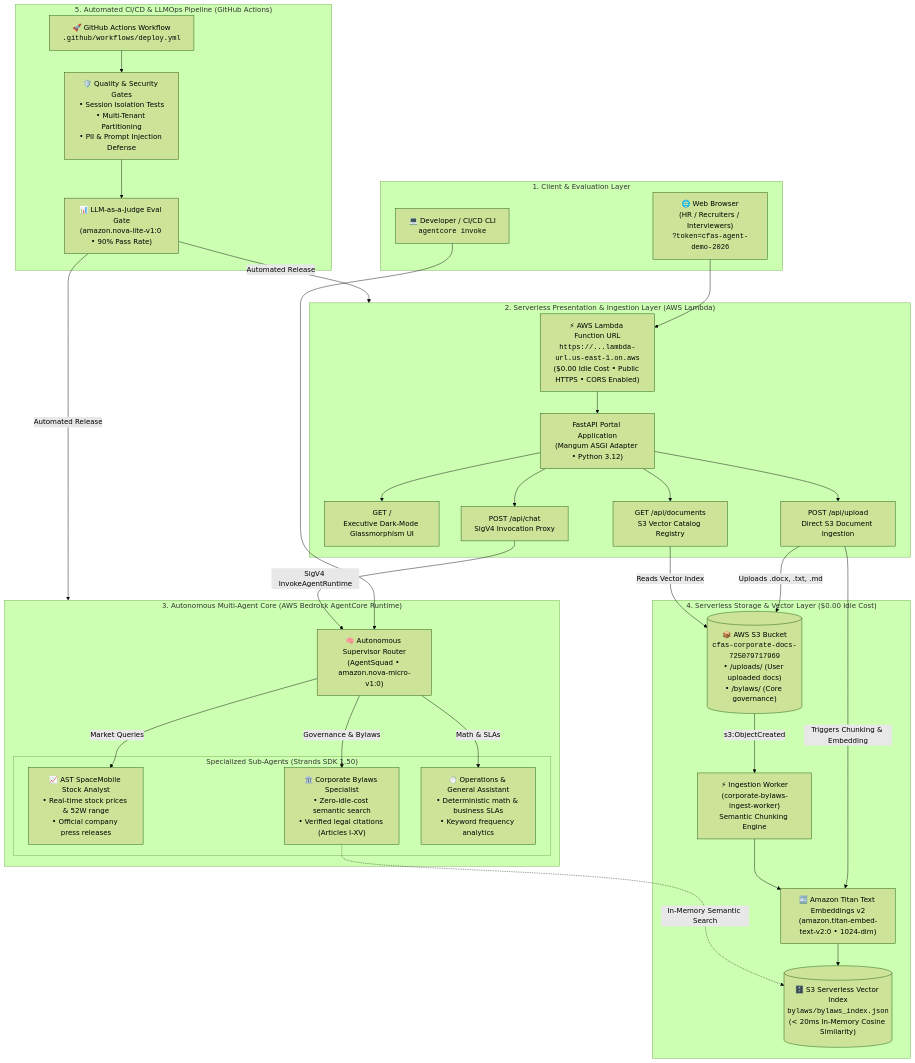
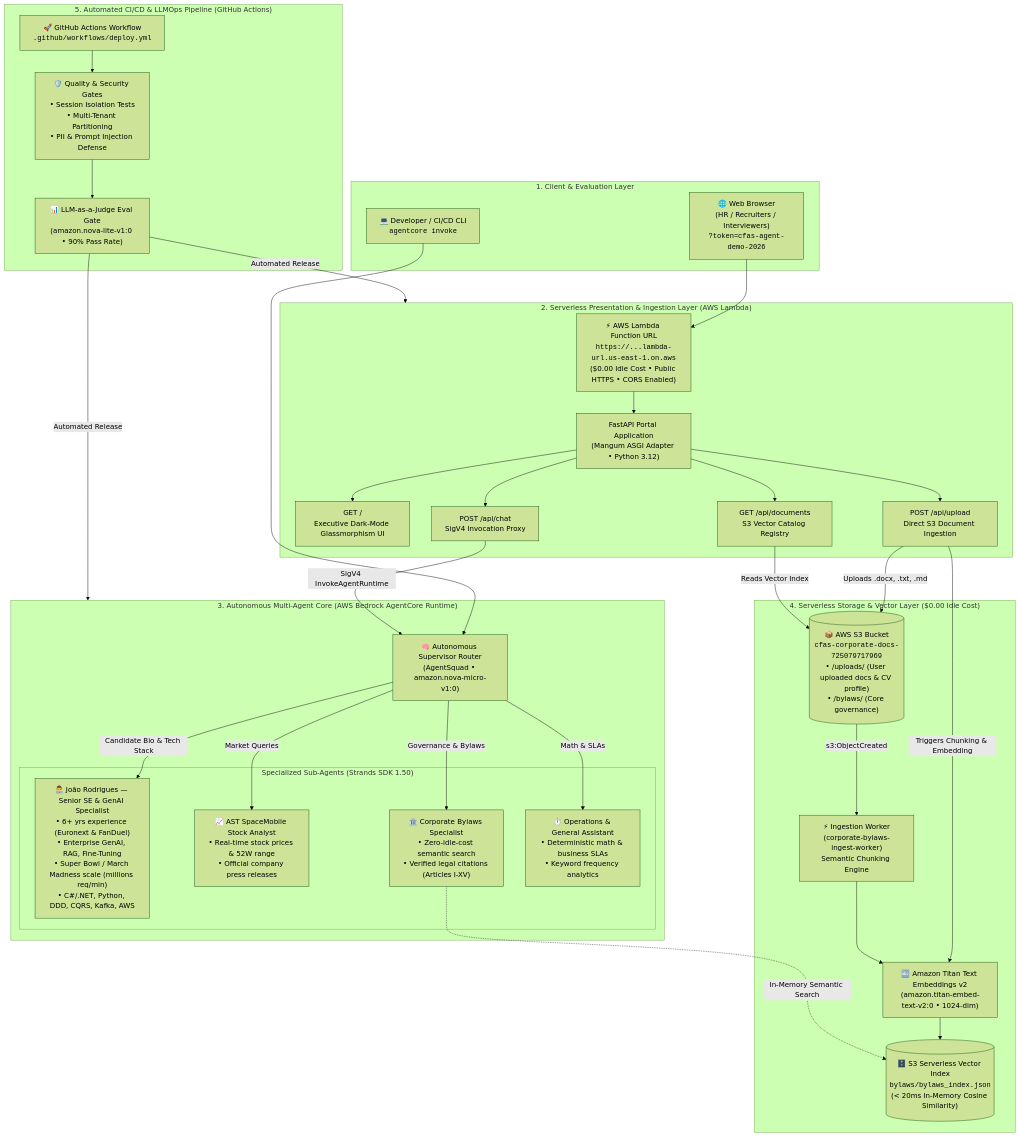
Before and after one commit to jr192/BedrockAgentCoreApp: the diagram in README.md, drawn with Mermaid (forest theme). The commit also changed other lines of this file and 7 other files, not shown here.

Commit message:
feat(agent): add João Rodrigues Senior SE & GenAI Specialist agent, profile tools, and recruiter quick chips

````diff
--- a/README.md
+++ b/README.md
@@ -28,77 +28,79 @@
 ```mermaid
 flowchart TD
     subgraph Clients ["1. Client & Evaluation Layer"]
         BROWSER["🌐 Web Browser<br/>(HR / Recruiters / Interviewers)<br/><code>?token=cfas-agent-demo-2026</code>"]
         CLI["💻 Developer / CI/CD CLI<br/><code>agentcore invoke</code>"]
     end
 
     subgraph PortalLayer ["2. Serverless Presentation & Ingestion Layer (AWS Lambda)"]
         FURL["⚡ AWS Lambda Function URL<br/><code>https://...lambda-url.us-east-1.on.aws</code><br/>($0.00 Idle Cost • Public HTTPS • CORS Enabled)"]
         FASTAPI["FastAPI Portal Application<br/>(Mangum ASGI Adapter • Python 3.12)"]
         
         EP1["GET /<br/>Executive Dark-Mode Glassmorphism UI"]
         EP2["POST /api/upload<br/>Direct S3 Document Ingestion"]
         EP3["GET /api/documents<br/>S3 Vector Catalog Registry"]
         EP4["POST /api/chat<br/>SigV4 Invocation Proxy"]
     end
 
     subgraph AgentCoreLayer ["3. Autonomous Multi-Agent Core (AWS Bedrock AgentCore Runtime)"]
         SUPERVISOR["🧠 Autonomous Supervisor Router<br/>(AgentSquad • amazon.nova-micro-v1:0)"]
         
         subgraph SubAgents ["Specialized Sub-Agents (Strands SDK 1.50)"]
+            A0["👨‍💻 João Rodrigues — Senior SE & GenAI Specialist<br/>• 6+ yrs experience (Euronext & FanDuel)<br/>• Enterprise GenAI, RAG, Fine-Tuning<br/>• Super Bowl / March Madness scale (millions req/min)<br/>• C#/.NET, Python, DDD, CQRS, Kafka, AWS"]
             A1["📈 AST SpaceMobile Stock Analyst<br/>• Real-time stock prices & 52W range<br/>• Official company press releases"]
             A2["🏛️ Corporate Bylaws Specialist<br/>• Zero-idle-cost semantic search<br/>• Verified legal citations (Articles I-XV)"]
             A3["⏱️ Operations & General Assistant<br/>• Deterministic math & business SLAs<br/>• Keyword frequency analytics"]
         end
     end
 
     subgraph StorageLayer ["4. Serverless Storage & Vector Layer ($0.00 Idle Cost)"]
-        S3_DOCS[("📦 AWS S3 Bucket<br/><code>cfas-corporate-docs-725079717969</code><br/>• /uploads/ (User uploaded docs)<br/>• /bylaws/ (Core governance)")]
+        S3_DOCS[("📦 AWS S3 Bucket<br/><code>cfas-corporate-docs-725079717969</code><br/>• /uploads/ (User uploaded docs & CV profile)<br/>• /bylaws/ (Core governance)")]
         
         INGEST_WORKER["⚡ Ingestion Worker<br/>(corporate-bylaws-ingest-worker)<br/>Semantic Chunking Engine"]
         
         TITAN["🔤 Amazon Titan Text Embeddings v2<br/>(amazon.titan-embed-text-v2:0 • 1024-dim)"]
         
         VEC_STORE[("🗄️ S3 Serverless Vector Index<br/><code>bylaws/bylaws_index.json</code><br/>(< 20ms In-Memory Cosine Similarity)")]
     end
 
     subgraph CICDLayer ["5. Automated CI/CD & LLMOps Pipeline (GitHub Actions)"]
         GHA["🚀 GitHub Actions Workflow<br/><code>.github/workflows/deploy.yml</code>"]
         GATES["🛡️ Quality & Security Gates<br/>• Session Isolation Tests<br/>• Multi-Tenant Partitioning<br/>• PII & Prompt Injection Defense"]
         EVAL_JUDGE["📊 LLM-as-a-Judge Eval Gate<br/>(amazon.nova-lite-v1:0 • 90% Pass Rate)"]
     end
 
     %% Client Connections
     BROWSER --> FURL
     FURL --> FASTAPI
     FASTAPI --> EP1
     FASTAPI --> EP2
     FASTAPI --> EP3
     FASTAPI --> EP4
 
     %% CLI / Direct Access
     CLI --> SUPERVISOR
 
     %% Portal to Backend
     EP4 -->|SigV4 InvokeAgentRuntime| SUPERVISOR
     EP2 -->|Uploads .docx, .txt, .md| S3_DOCS
     EP2 -->|Triggers Chunking & Embedding| TITAN
     EP3 -->|Reads Vector Index| S3_DOCS
 
     %% Event Driven Ingestion
     S3_DOCS -->|s3:ObjectCreated| INGEST_WORKER
     INGEST_WORKER --> TITAN
     TITAN --> VEC_STORE
 
     %% Supervisor Routing
+    SUPERVISOR -->|Candidate Bio & Tech Stack| A0
     SUPERVISOR -->|Market Queries| A1
     SUPERVISOR -->|Governance & Bylaws| A2
     SUPERVISOR -->|Math & SLAs| A3
     A2 -.->|In-Memory Semantic Search| VEC_STORE
 
     %% CI/CD
     GHA --> GATES
     GATES --> EVAL_JUDGE
     EVAL_JUDGE -->|Automated Release| AgentCoreLayer
     EVAL_JUDGE -->|Automated Release| PortalLayer
 ```
````
